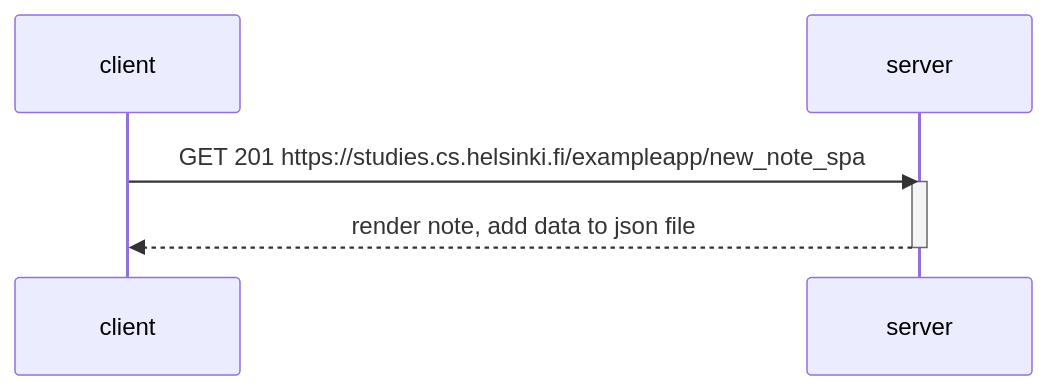
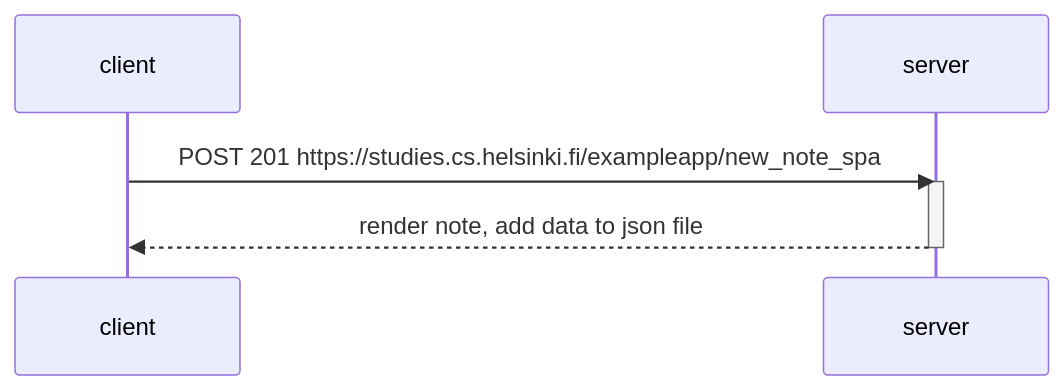
One commit to theDapperFoxtrot/fullstackopen-part0-exercises changed the third of 3 diagrams in README.md. Above: the diagram before and after it, drawn with Mermaid.

````diff
--- a/README.md
+++ b/README.md
@@ -78,11 +78,11 @@
 ```mermaid
 sequenceDiagram
     participant client
     participant server
     
     
-    client->>server: GET 201 https://studies.cs.helsinki.fi/exampleapp/new_note_spa
+    client->>server: POST 201 https://studies.cs.helsinki.fi/exampleapp/new_note_spa
     activate server
     server-->>client: render note, add data to json file
     deactivate server
 ```
````
